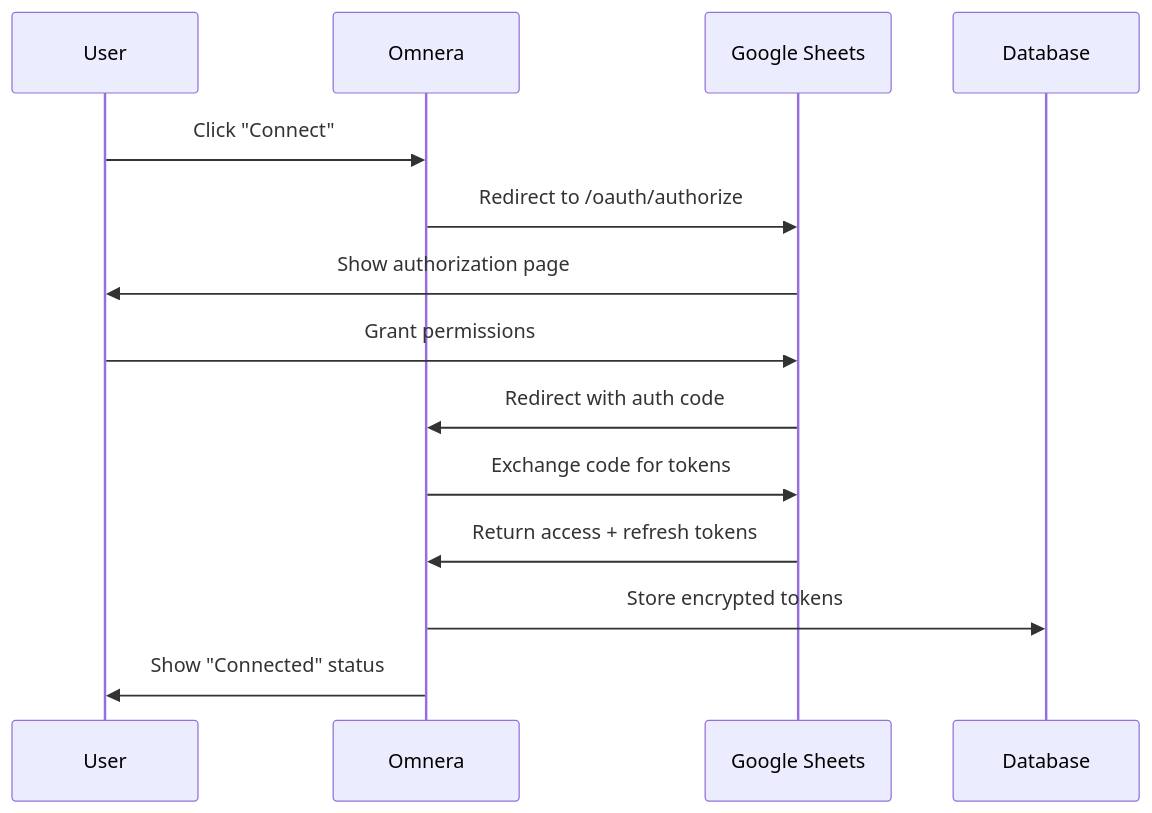
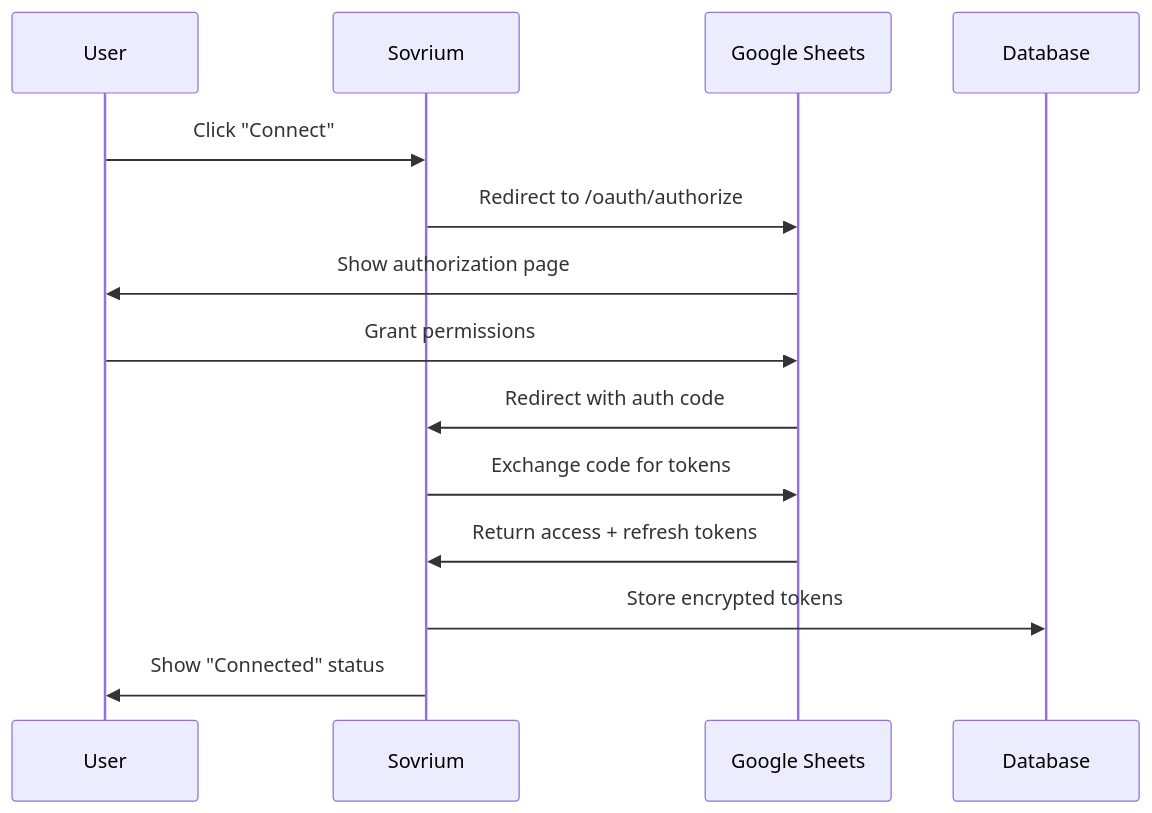
The diagram in specs/app/connections/google-sheets-connection/README.md (omnera-dev/omnera-v2), drawn with Mermaid before and after one commit. The commit also changed other lines of this file and 218 other files, not shown here.

````diff
--- a/specs/app/connections/google-sheets-connection/README.md
+++ b/specs/app/connections/google-sheets-connection/README.md
@@ -70,12 +70,12 @@
 ```mermaid
 sequenceDiagram
-    User->>Omnera: Click "Connect"
-    Omnera->>Google Sheets: Redirect to /oauth/authorize
+    User->>Sovrium: Click "Connect"
+    Sovrium->>Google Sheets: Redirect to /oauth/authorize
     Google Sheets->>User: Show authorization page
     User->>Google Sheets: Grant permissions
-    Google Sheets->>Omnera: Redirect with auth code
-    Omnera->>Google Sheets: Exchange code for tokens
-    Google Sheets->>Omnera: Return access + refresh tokens
-    Omnera->>Database: Store encrypted tokens
-    Omnera->>User: Show "Connected" status
+    Google Sheets->>Sovrium: Redirect with auth code
+    Sovrium->>Google Sheets: Exchange code for tokens
+    Google Sheets->>Sovrium: Return access + refresh tokens
+    Sovrium->>Database: Store encrypted tokens
+    Sovrium->>User: Show "Connected" status
 ```
````
